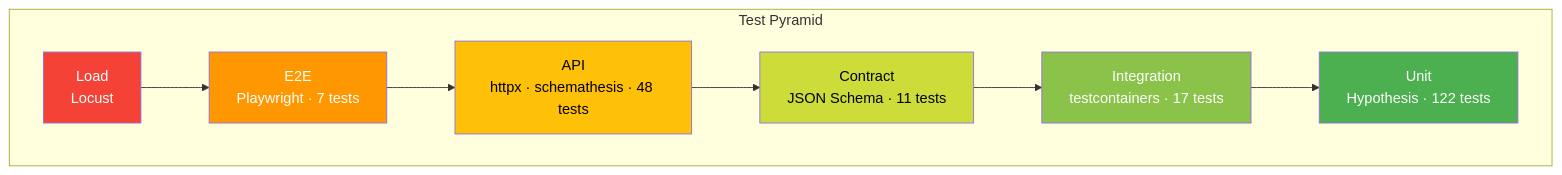
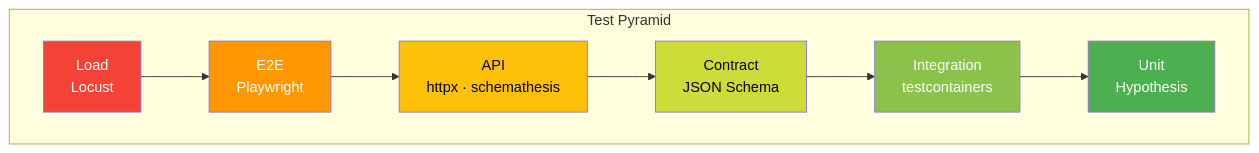
One commit to ssrjkk/qualix changed the second of 2 diagrams in README.md. Above: the diagram before and after it, drawn with Mermaid. The commit also changed other lines of this file and 1 other file, not shown here.

Commit message:
docs: remove stale counters from diagrams and tree

````diff
--- a/README.md
+++ b/README.md
@@ -191,20 +191,20 @@
 ```mermaid
 graph TB
     subgraph "Test Pyramid"
         Load[Load<br/>Locust]
-        E2E[E2E<br/>Playwright · 7 tests]
-        API[API<br/>httpx · schemathesis · 48 tests]
-        Contract[Contract<br/>JSON Schema · 11 tests]
-        Integration[Integration<br/>testcontainers · 17 tests]
-        Unit[Unit<br/>Hypothesis · 122 tests]
+        E2E[E2E<br/>Playwright]
+        API[API<br/>httpx · schemathesis]
+        Contract[Contract<br/>JSON Schema]
+        Integration[Integration<br/>testcontainers]
+        Unit[Unit<br/>Hypothesis]
     end
 
     Load --> E2E --> API --> Contract --> Integration --> Unit
 
     style Unit fill:#4CAF50,color:#fff
     style Integration fill:#8BC34A,color:#fff
     style Contract fill:#CDDC39,color:#000
     style API fill:#FFC107,color:#000
     style E2E fill:#FF9800,color:#fff
     style Load fill:#F44336,color:#fff
 ```
````
